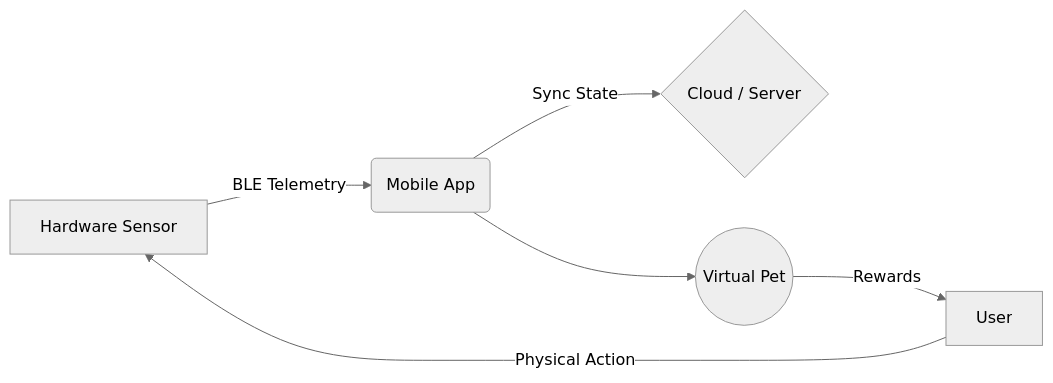
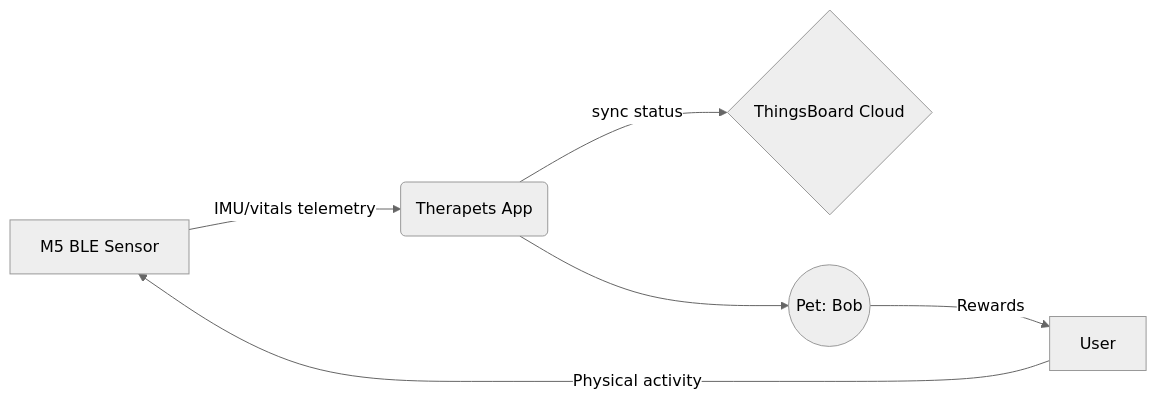
The diagram in docs/en/index.md (StrawberryFrappe/Therapets), drawn with Mermaid (neutral theme) before and after one commit. The commit also changed other lines of this file and 67 other files, not shown here.

````diff
--- a/docs/en/index.md
+++ b/docs/en/index.md
@@ -15,8 +29,8 @@
 ```mermaid
 graph LR
-    A[Hardware Sensor] -->|BLE Telemetry| B(Mobile App)
-    B -->|Sync State| C{Cloud / Server}
-    B --> D((Virtual Pet))
+    A[M5 BLE Sensor] -->|IMU/vitals telemetry| B(Therapets App)
+    B -->|sync status| C{ThingsBoard Cloud}
+    B --> D((Pet: Bob))
     D -->|Rewards| E[User]
-    E -->|Physical Action| A
+    E -->|Physical activity| A
 ```
````
